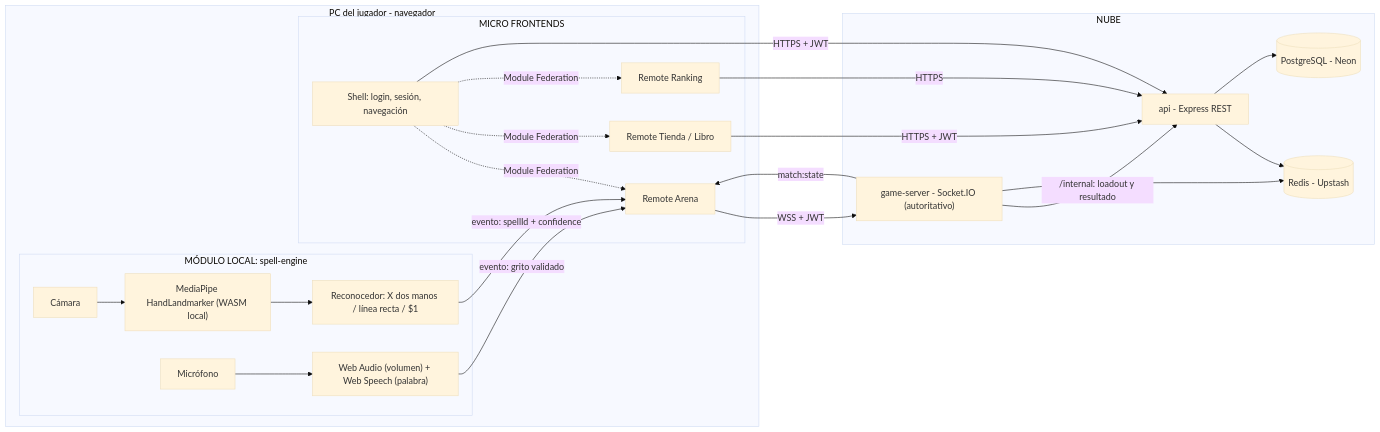
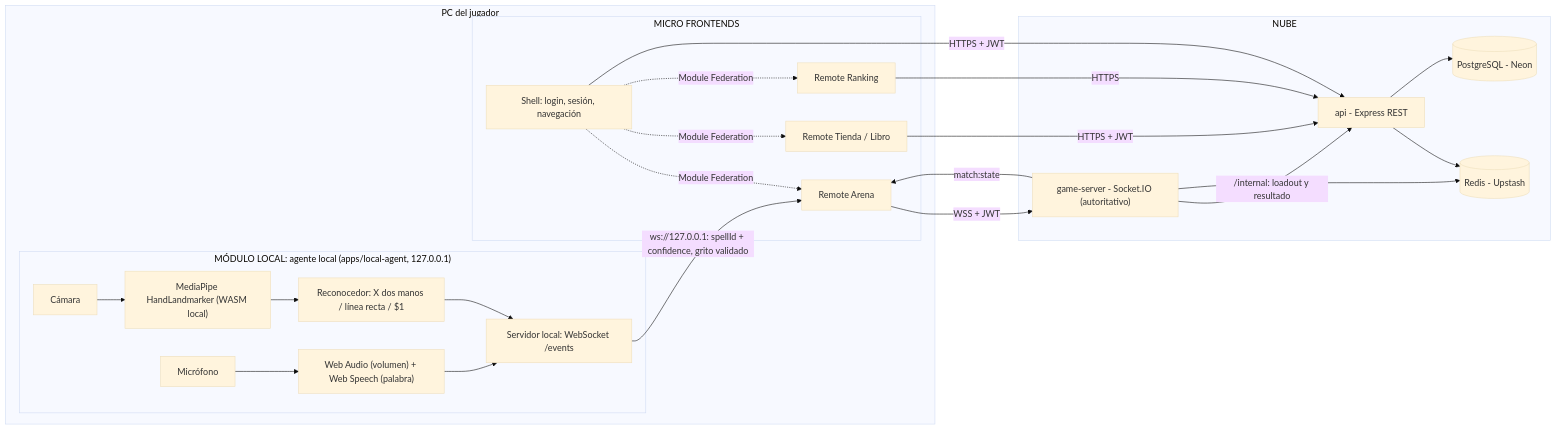
One commit to Felipe-espitia28/batalla_de_hechizeros changed the diagram in CLAUDE.md. Above: the diagram before and after it, drawn with Mermaid (base theme). The commit also changed other lines of this file and 23 other files, not shown here.

Commit message:
feat(local-agent): base del agente local y protocolo agent:* en contracts

````diff
--- a/CLAUDE.md
+++ b/CLAUDE.md
@@ -96,36 +96,37 @@
 ```mermaid
 flowchart LR
-  subgraph DISP["PC del jugador - navegador"]
-    subgraph LOCAL["MÓDULO LOCAL: spell-engine"]
+  subgraph DISP["PC del jugador"]
+    subgraph LOCAL["MÓDULO LOCAL: agente local (apps/local-agent, 127.0.0.1)"]
       CAM["Cámara"] --> MP["MediaPipe HandLandmarker (WASM local)"]
       MP --> REC["Reconocedor: X dos manos / línea recta / $1"]
       MIC["Micrófono"] --> VOZ["Web Audio (volumen) + Web Speech (palabra)"]
+      REC --> AG["Servidor local: WebSocket /events"]
+      VOZ --> AG
     end
     subgraph MFE["MICRO FRONTENDS"]
       SHELL["Shell: login, sesión, navegación"]
       ARENA["Remote Arena"]
       TIENDA["Remote Tienda / Libro"]
       RANK["Remote Ranking"]
     end
-    REC -- "evento: spellId + confidence" --> ARENA
-    VOZ -- "evento: grito validado" --> ARENA
+    AG -- "ws://127.0.0.1: spellId + confidence, grito validado" --> ARENA
     SHELL -. "Module Federation" .-> ARENA
     SHELL -. "Module Federation" .-> TIENDA
     SHELL -. "Module Federation" .-> RANK
   end
   subgraph NUBE["NUBE"]
     GS["game-server - Socket.IO (autoritativo)"]
     API["api - Express REST"]
     PG[("PostgreSQL - Neon")]
     RD[("Redis - Upstash")]
   end
   ARENA -- "WSS + JWT" --> GS
   GS -- "match:state" --> ARENA
   SHELL -- "HTTPS + JWT" --> API
   TIENDA -- "HTTPS + JWT" --> API
   RANK -- "HTTPS" --> API
   GS -- "/internal: loadout y resultado" --> API
   GS --> RD
   API --> RD
   API --> PG
 ```
````
